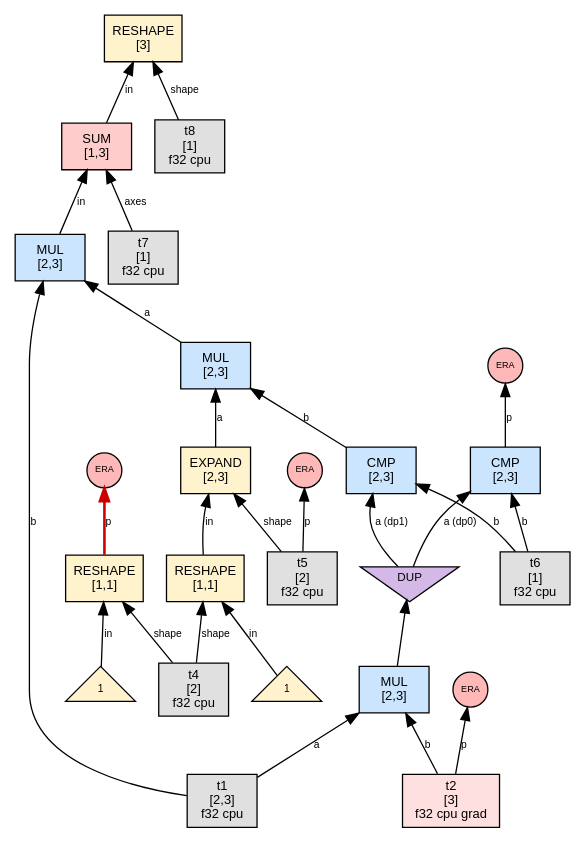
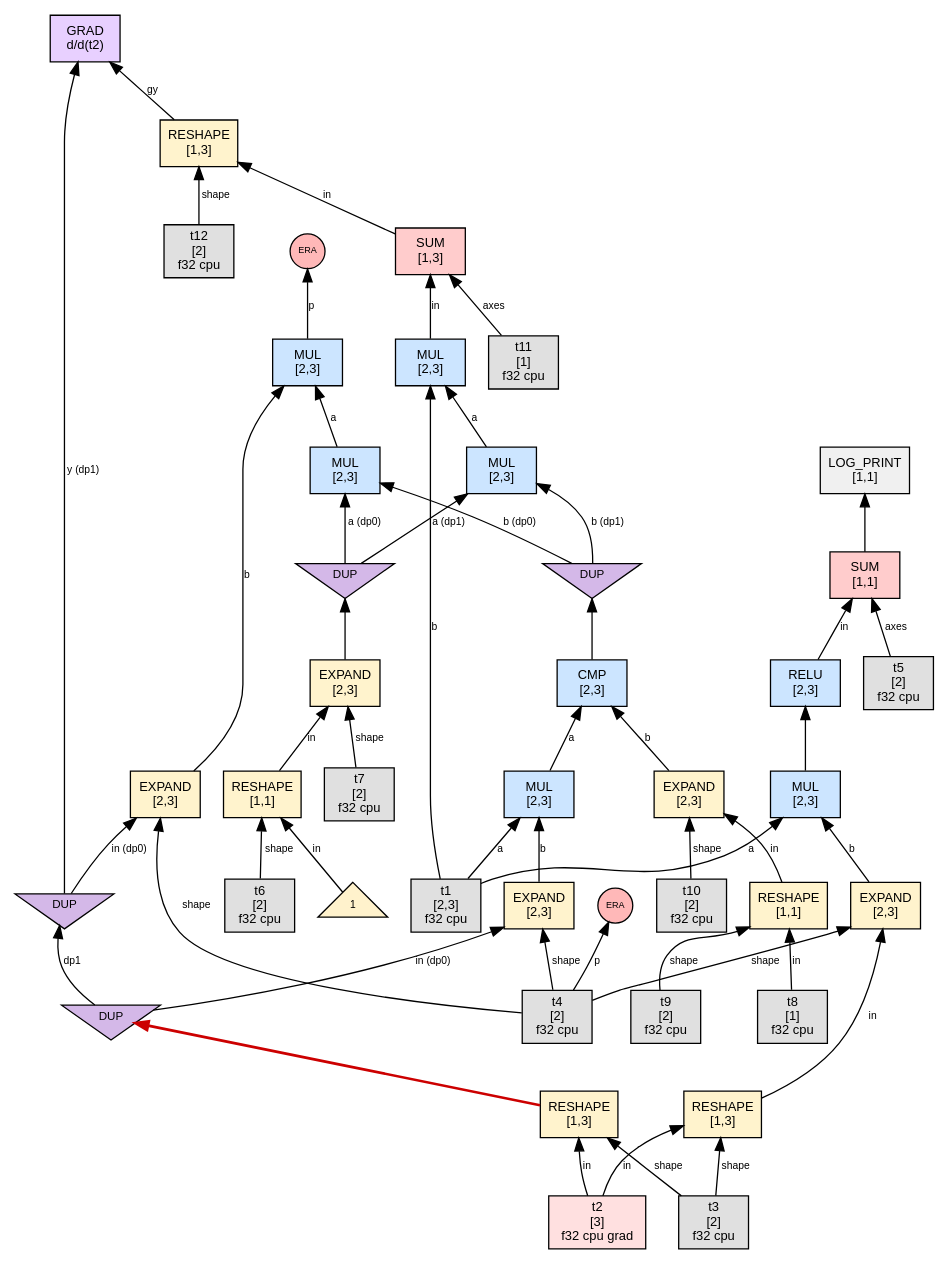
The diagram in phase1_graphs/tiny_single_param/step_017_interact_DP0.dot (sw1sh/TinyHVM), drawn with Graphviz before and after one commit. The commit also changed 751 other files, not shown here.

First line of the commit message:
test: refresh canonical tiny phase graph archives

```diff
--- a/phase1_graphs/tiny_single_param/step_017_interact_DP0.dot
+++ b/phase1_graphs/tiny_single_param/step_017_interact_DP0.dot
@@ -1,57 +1,97 @@
 digraph G {
   // PREV_INTERACTION: interact_DP0
-  // NEXT_INTERACTION: interact_era_on_RESHAPE
+  // NEXT_INTERACTION: interact_DP1
   rankdir=BT;
   node [fontname="Helvetica", fontsize=10, style=filled, shape=box, margin="0.1,0.05"];
   edge [fontsize=8, fontname="Helvetica"];
 
-  n50 [label="RESHAPE\n[3]", shape=box, fillcolor="#fff3cd"];
-  n46 -> n50 [label="in"];
+  n30 [label="SUM\n[1,1]", shape=box, fillcolor="#ffcccc"];
+  n46 -> n30 [label="in"];
+  t5 [label="t5\n[2]\nf32 cpu",shape=box,fillcolor="#e0e0e0"];
+  t5 -> n30 [label="axes"];
+  n23 [label="LOG_PRINT\n[1,1]", shape=box, fillcolor="#f0f0f0"];
+  n30 -> n23 [label=""];
+  n119 [label="GRAD\nd/d(t2)", shape=box, fillcolor="#e8d0ff"];
+  dup106 [label="DUP", shape=invtriangle, fillcolor="#d4b8e8", fontsize=9, width=0.7, height=0.5];
+  dup95 -> dup106 [label="dp1"];
+  dup95 [label="DUP", shape=invtriangle, fillcolor="#d4b8e8", fontsize=9, width=0.7, height=0.5];
+  n121 -> dup95 [color="#cc0000",penwidth=2.0];
+  dup106 -> n119 [label="y (dp1)"];
+  n115 -> n119 [label="gy"];
+  n46 [label="RELU\n[2,3]", shape=box, fillcolor="#cce5ff"];
+  n65 -> n46 [label=""];
+  n33 [label="RESHAPE\n[1,1]", shape=box, fillcolor="#fff3cd"];
+  num33_0 [label="1",shape=triangle,fillcolor="#fff2cc",fontsize=8];
+  num33_0 -> n33 [label="in"];
+  t6 [label="t6\n[2]\nf32 cpu",shape=box,fillcolor="#e0e0e0"];
+  t6 -> n33 [label="shape"];
+  n65 [label="MUL\n[2,3]", shape=box, fillcolor="#cce5ff"];
+  t1 [label="t1\n[2,3]\nf32 cpu",shape=box,fillcolor="#e0e0e0"];
+  t1 -> n65 [label="a"];
+  n88 -> n65 [label="b"];
+  n49 [label="RESHAPE\n[1,1]", shape=box, fillcolor="#fff3cd"];
   t8 [label="t8\n[1]\nf32 cpu",shape=box,fillcolor="#e0e0e0"];
-  t8 -> n50 [label="shape"];
-  n35 [label="MUL\n[2,3]", shape=box, fillcolor="#cce5ff"];
-  t1 [label="t1\n[2,3]\nf32 cpu",shape=box,fillcolor="#e0e0e0"];
-  t1 -> n35 [label="a"];
+  t8 -> n49 [label="in"];
+  t9 [label="t9\n[2]\nf32 cpu",shape=box,fillcolor="#e0e0e0"];
+  t9 -> n49 [label="shape"];
+  n68 [label="MUL\n[2,3]", shape=box, fillcolor="#cce5ff"];
+  t1 -> n68 [label="a"];
+  n91 -> n68 [label="b"];
+  n53 [label="EXPAND\n[2,3]", shape=box, fillcolor="#fff3cd"];
+  n49 -> n53 [label="in"];
+  t10 [label="t10\n[2]\nf32 cpu",shape=box,fillcolor="#e0e0e0"];
+  t10 -> n53 [label="shape"];
+  n39 [label="EXPAND\n[2,3]", shape=box, fillcolor="#fff3cd"];
+  n33 -> n39 [label="in"];
+  t7 [label="t7\n[2]\nf32 cpu",shape=box,fillcolor="#e0e0e0"];
+  t7 -> n39 [label="shape"];
+  n57 [label="CMP\n[2,3]", shape=box, fillcolor="#cce5ff"];
+  n68 -> n57 [label="a"];
+  n53 -> n57 [label="b"];
+  n88 [label="EXPAND\n[2,3]", shape=box, fillcolor="#fff3cd"];
+  n123 -> n88 [label="in"];
+  t4 [label="t4\n[2]\nf32 cpu",shape=box,fillcolor="#e0e0e0"];
+  t4 -> n88 [label="shape"];
+  n91 [label="EXPAND\n[2,3]", shape=box, fillcolor="#fff3cd"];
+  dup95 -> n91 [label="in (dp0)"];
+  t4 -> n91 [label="shape"];
+  n96 [label="MUL\n[2,3]", shape=box, fillcolor="#cce5ff"];
+  dup100 [label="DUP", shape=invtriangle, fillcolor="#d4b8e8", fontsize=9, width=0.7, height=0.5];
+  n39 -> dup100;
+  dup100 -> n96 [label="a (dp0)"];
+  dup101 [label="DUP", shape=invtriangle, fillcolor="#d4b8e8", fontsize=9, width=0.7, height=0.5];
+  n57 -> dup101;
+  dup101 -> n96 [label="b (dp0)"];
+  n102 [label="EXPAND\n[2,3]", shape=box, fillcolor="#fff3cd"];
+  dup106 -> n102 [label="in (dp0)"];
+  t4 -> n102 [label="shape"];
+  n98 [label="MUL\n[2,3]", shape=box, fillcolor="#cce5ff"];
+  dup100 -> n98 [label="a (dp1)"];
+  dup101 -> n98 [label="b (dp1)"];
+  n123 [label="RESHAPE\n[1,3]", shape=box, fillcolor="#fff3cd"];
   t2 [label="t2\n[3]\nf32 cpu grad",shape=box,fillcolor="#ffe0e0"];
-  t2 -> n35 [label="b"];
-  n62 [label="MUL\n[2,3]", shape=box, fillcolor="#cce5ff"];
-  n70 -> n62 [label="a"];
-  n75 -> n62 [label="b"];
-  n44 [label="MUL\n[2,3]", shape=box, fillcolor="#cce5ff"];
-  n62 -> n44 [label="a"];
-  t1 -> n44 [label="b"];
-  n46 [label="SUM\n[1,3]", shape=box, fillcolor="#ffcccc"];
-  n44 -> n46 [label="in"];
-  t7 [label="t7\n[1]\nf32 cpu",shape=box,fillcolor="#e0e0e0"];
-  t7 -> n46 [label="axes"];
-  n73 [label="CMP\n[2,3]", shape=box, fillcolor="#cce5ff"];
-  dup77 [label="DUP", shape=invtriangle, fillcolor="#d4b8e8", fontsize=9, width=0.7, height=0.5];
-  n35 -> dup77;
-  dup77 -> n73 [label="a (dp0)"];
-  t6 [label="t6\n[1]\nf32 cpu",shape=box,fillcolor="#e0e0e0"];
-  t6 -> n73 [label="b"];
-  n70 [label="EXPAND\n[2,3]", shape=box, fillcolor="#fff3cd"];
-  n86 -> n70 [label="in"];
-  t5 [label="t5\n[2]\nf32 cpu",shape=box,fillcolor="#e0e0e0"];
-  t5 -> n70 [label="shape"];
-  n75 [label="CMP\n[2,3]", shape=box, fillcolor="#cce5ff"];
-  dup77 -> n75 [label="a (dp1)"];
-  t6 -> n75 [label="b"];
-  n84 [label="RESHAPE\n[1,1]", shape=box, fillcolor="#fff3cd"];
-  num84_0 [label="1",shape=triangle,fillcolor="#fff2cc",fontsize=8];
-  num84_0 -> n84 [label="in"];
-  t4 [label="t4\n[2]\nf32 cpu",shape=box,fillcolor="#e0e0e0"];
-  t4 -> n84 [label="shape"];
-  era67 [label="ERA",shape=circle,width=0.38,height=0.38,fixedsize=true,fillcolor="#ffb8b8",fontsize=7];
-  n84 -> era67 [label="p",color="#cc0000",penwidth=2.0];
-  n86 [label="RESHAPE\n[1,1]", shape=box, fillcolor="#fff3cd"];
-  num86_0 [label="1",shape=triangle,fillcolor="#fff2cc",fontsize=8];
-  num86_0 -> n86 [label="in"];
-  t4 -> n86 [label="shape"];
-  era79 [label="ERA",shape=circle,width=0.38,height=0.38,fixedsize=true,fillcolor="#ffb8b8",fontsize=7];
-  t2 -> era79 [label="p"];
-  era81 [label="ERA",shape=circle,width=0.38,height=0.38,fixedsize=true,fillcolor="#ffb8b8",fontsize=7];
-  n73 -> era81 [label="p"];
-  era83 [label="ERA",shape=circle,width=0.38,height=0.38,fixedsize=true,fillcolor="#ffb8b8",fontsize=7];
-  t5 -> era83 [label="p"];
+  t2 -> n123 [label="in"];
+  t3 [label="t3\n[2]\nf32 cpu",shape=box,fillcolor="#e0e0e0"];
+  t3 -> n123 [label="shape"];
+  n121 [label="RESHAPE\n[1,3]", shape=box, fillcolor="#fff3cd"];
+  t2 -> n121 [label="in"];
+  t3 -> n121 [label="shape"];
+  n76 [label="MUL\n[2,3]", shape=box, fillcolor="#cce5ff"];
+  n96 -> n76 [label="a"];
+  n102 -> n76 [label="b"];
+  era108 [label="ERA",shape=circle,width=0.38,height=0.38,fixedsize=true,fillcolor="#ffb8b8",fontsize=7];
+  n76 -> era108 [label="p"];
+  era110 [label="ERA",shape=circle,width=0.38,height=0.38,fixedsize=true,fillcolor="#ffb8b8",fontsize=7];
+  t4 -> era110 [label="p"];
+  n78 [label="MUL\n[2,3]", shape=box, fillcolor="#cce5ff"];
+  n98 -> n78 [label="a"];
+  t1 -> n78 [label="b"];
+  n111 [label="SUM\n[1,3]", shape=box, fillcolor="#ffcccc"];
+  n78 -> n111 [label="in"];
+  t11 [label="t11\n[1]\nf32 cpu",shape=box,fillcolor="#e0e0e0"];
+  t11 -> n111 [label="axes"];
+  n115 [label="RESHAPE\n[1,3]", shape=box, fillcolor="#fff3cd"];
+  n111 -> n115 [label="in"];
+  t12 [label="t12\n[2]\nf32 cpu",shape=box,fillcolor="#e0e0e0"];
+  t12 -> n115 [label="shape"];
 }
```
